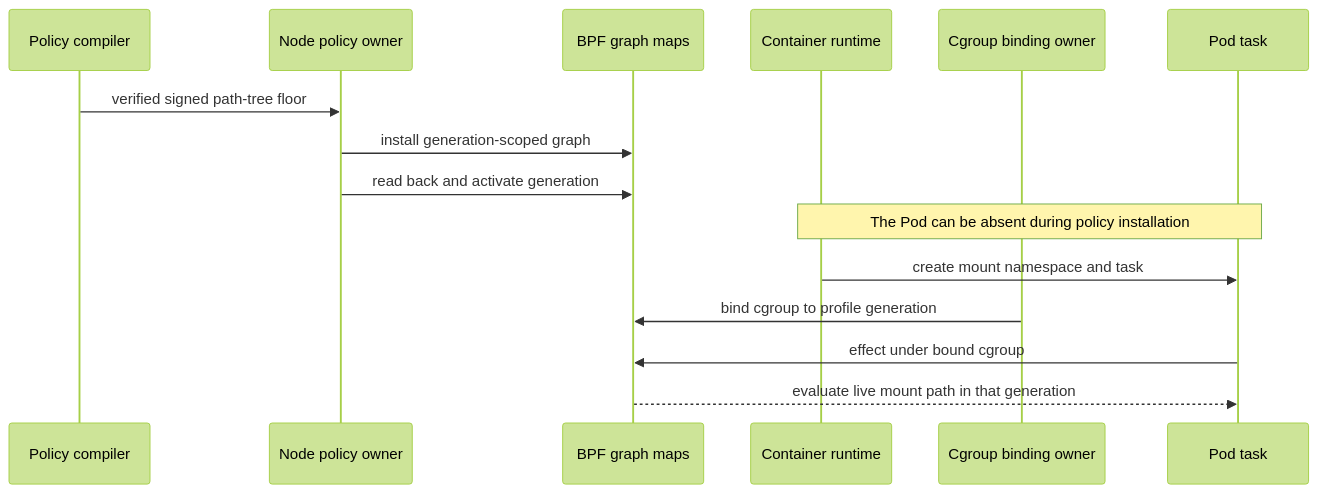
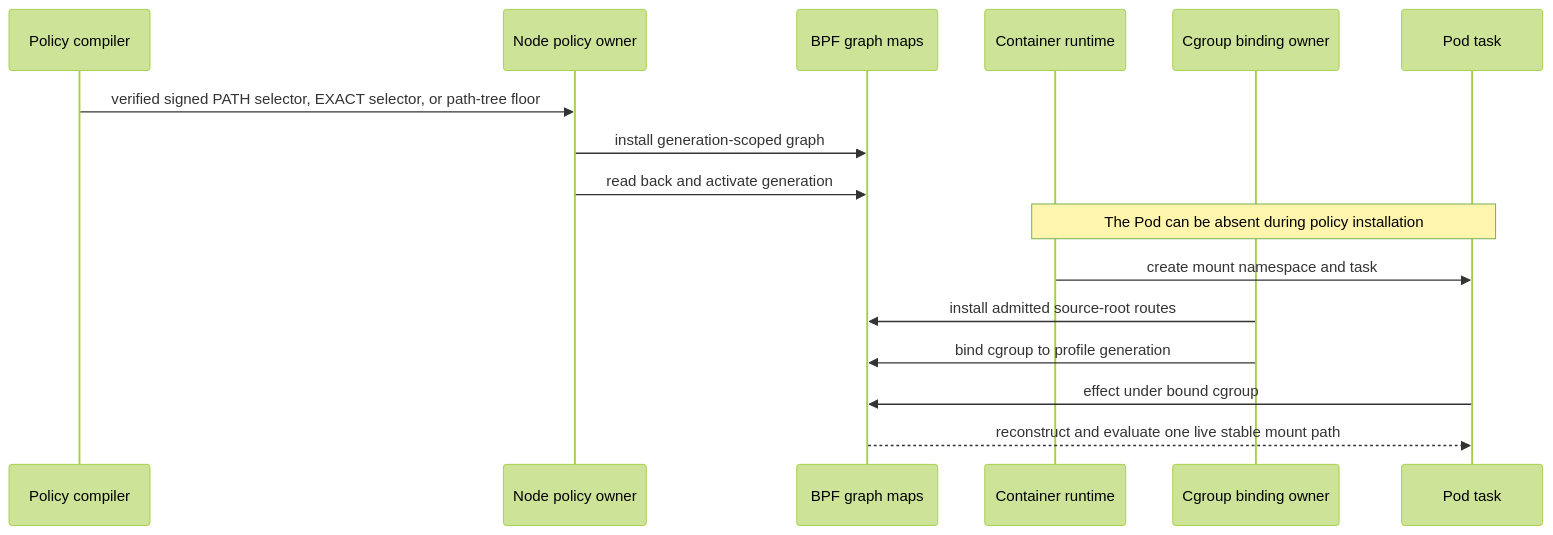
Before and after one commit to Ereborlabs/erebor-runtime: diagram 11 of 14 in docs/plans/mithril-hugging-face-intrusion-prevention/path-tree-denial-implementation-review.md, drawn with Mermaid (forest theme). The commit also changed other lines of this file and 54 other files, not shown here.

Commit message:
Enforce signed path rules across mount aliases

````diff
--- a/docs/plans/mithril-hugging-face-intrusion-prevention/path-tree-denial-implementation-review.md
+++ b/docs/plans/mithril-hugging-face-intrusion-prevention/path-tree-denial-implementation-review.md
@@ -923,18 +1008,19 @@
 ```mermaid
 sequenceDiagram
     participant C as Policy compiler
     participant N as Node policy owner
     participant K as BPF graph maps
     participant R as Container runtime
     participant B as Cgroup binding owner
     participant T as Pod task
 
-    C->>N: verified signed path-tree floor
+    C->>N: verified signed PATH selector, EXACT selector, or path-tree floor
     N->>K: install generation-scoped graph
     N->>K: read back and activate generation
     Note over R,T: The Pod can be absent during policy installation
     R->>T: create mount namespace and task
+    B->>K: install admitted source-root routes
     B->>K: bind cgroup to profile generation
     T->>K: effect under bound cgroup
-    K-->>T: evaluate live mount path in that generation
+    K-->>T: reconstruct and evaluate one live stable mount path
 ```
````
